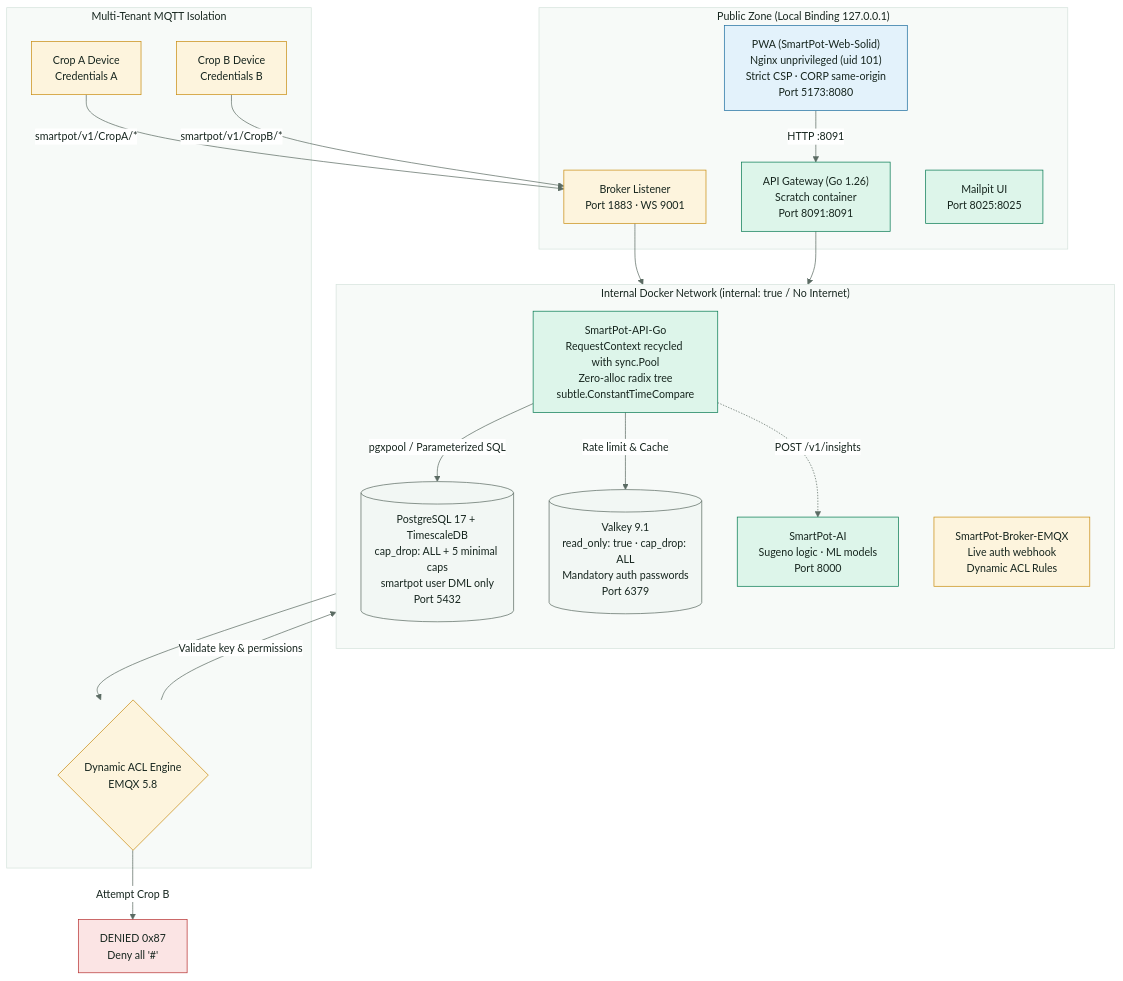
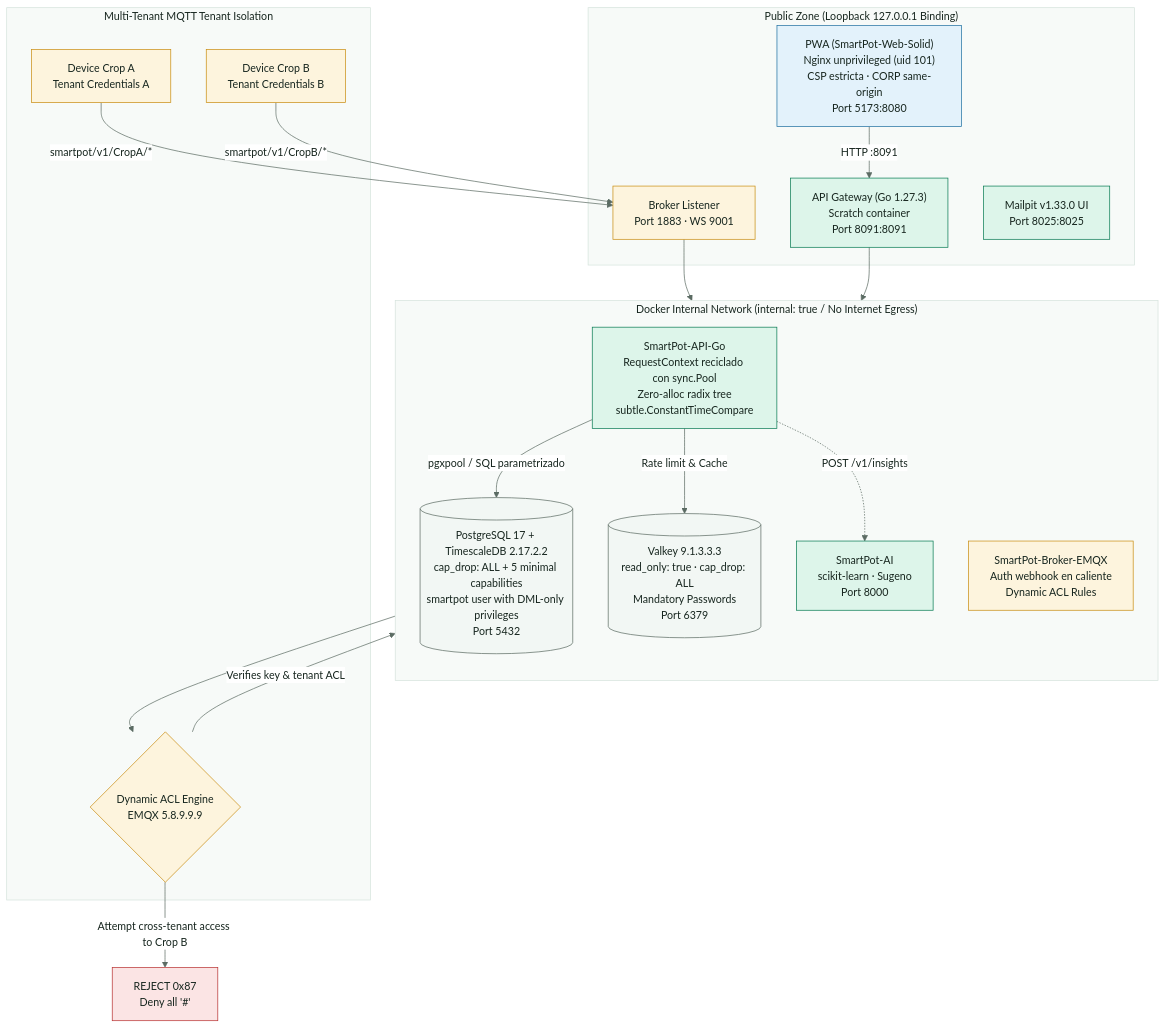
The second of 2 diagrams in docs/SmartPot_QA_Audit_AB.md (SmartPotTech/.github), drawn with Mermaid before and after one commit. The commit also changed other lines of this file and 186 other files, not shown here.

Commit message:
docs(specs): synchronize 100% english organization documentation, diagrams, and formal deliverables

````diff
--- a/docs/SmartPot_QA_Audit_AB.md
+++ b/docs/SmartPot_QA_Audit_AB.md
@@ -189,50 +185,50 @@
 ```mermaid
 %%{init: {"theme": "base", "fontFamily": "Segoe UI, Arial, sans-serif", "themeVariables": {"fontFamily": "Segoe UI, Arial, sans-serif", "fontSize": "15px", "primaryColor": "#DDF5EA", "primaryTextColor": "#17261F", "primaryBorderColor": "#067A52", "secondaryColor": "#E3F2FB", "secondaryTextColor": "#17261F", "secondaryBorderColor": "#1F6FA0", "tertiaryColor": "#F2F7F4", "tertiaryTextColor": "#17261F", "tertiaryBorderColor": "#D5E3DC", "lineColor": "#5B6B63", "textColor": "#17261F", "mainBkg": "#DDF5EA", "nodeBorder": "#067A52", "clusterBkg": "#F7FAF8", "clusterBorder": "#D5E3DC", "edgeLabelBackground": "#FFFFFF", "actorBkg": "#067A52", "actorBorder": "#0B3D2B", "actorTextColor": "#FFFFFF", "actorLineColor": "#5B6B63", "signalColor": "#17261F", "signalTextColor": "#17261F", "labelBoxBkgColor": "#0B3D2B", "labelBoxBorderColor": "#0B3D2B", "labelTextColor": "#FFFFFF", "loopTextColor": "#0B3D2B", "noteBkgColor": "#FDF4DD", "noteBorderColor": "#C98D12", "noteTextColor": "#17261F", "activationBkgColor": "#DDF5EA", "activationBorderColor": "#067A52", "attributeBackgroundColorOdd": "#FFFFFF", "attributeBackgroundColorEven": "#F2F7F4"}}}%%
 flowchart TD
-  subgraph PUBLIC_ZONE["Public Zone (Local Binding 127.0.0.1)"]
-    PWA["PWA (SmartPot-Web-Solid)<br/>Nginx unprivileged (uid 101)<br/>Strict CSP · CORP same-origin<br/>Port 5173:8080"]
-    API_PORT["API Gateway (Go 1.26)<br/>Scratch container<br/>Port 8091:8091"]
+  subgraph PUBLIC_ZONE["Public Zone (Loopback 127.0.0.1 Binding)"]
+    PWA["PWA (SmartPot-Web-Solid)<br/>Nginx unprivileged (uid 101)<br/>CSP estricta · CORP same-origin<br/>Port 5173:8080"]
+    API_PORT["API Gateway (Go 1.27.3)<br/>Scratch container<br/>Port 8091:8091"]
     BROKER_PORT["Broker Listener<br/>Port 1883 · WS 9001"]
-    MAIL_PORT["Mailpit UI<br/>Port 8025:8025"]
+    MAIL_PORT["Mailpit v1.33.0 UI<br/>Port 8025:8025"]
   end
 
-  subgraph INTERNAL_NETWORK["Internal Docker Network (internal: true / No Internet)"]
+  subgraph INTERNAL_NETWORK["Docker Internal Network (internal: true / No Internet Egress)"]
     direction TB
-    API["SmartPot-API-Go<br/>RequestContext recycled with sync.Pool<br/>Zero-alloc radix tree<br/>subtle.ConstantTimeCompare"]
-    DB[("PostgreSQL 17 + TimescaleDB<br/>cap_drop: ALL + 5 minimal caps<br/>smartpot user DML only<br/>Port 5432")]
-    VALKEY[("Valkey 9.1<br/>read_only: true · cap_drop: ALL<br/>Mandatory auth passwords<br/>Port 6379")]
-    EMQX["SmartPot-Broker-EMQX<br/>Live auth webhook<br/>Dynamic ACL Rules"]
-    AI["SmartPot-AI<br/>Sugeno logic · ML models<br/>Port 8000"]
+    API["SmartPot-API-Go<br/>RequestContext reciclado con sync.Pool<br/>Zero-alloc radix tree<br/>subtle.ConstantTimeCompare"]
+    DB[("PostgreSQL 17 + TimescaleDB 2.17.2.2<br/>cap_drop: ALL + 5 minimal capabilities<br/>smartpot user with DML-only privileges<br/>Port 5432")]
+    VALKEY[("Valkey 9.1.3.3.3<br/>read_only: true · cap_drop: ALL<br/>Mandatory Passwords<br/>Port 6379")]
+    EMQX["SmartPot-Broker-EMQX<br/>Auth webhook en caliente<br/>Dynamic ACL Rules"]
+    AI["SmartPot-AI<br/>scikit-learn · Sugeno<br/>Port 8000"]
   end
 
-  subgraph DEVICE_ISOLATION["Multi-Tenant MQTT Isolation"]
-    DEV_A["Crop A Device<br/>Credentials A"]
-    DEV_B["Crop B Device<br/>Credentials B"]
-    ACL_ENGINE{"Dynamic ACL Engine<br/>EMQX 5.8"}
+  subgraph DEVICE_ISOLATION["Multi-Tenant MQTT Tenant Isolation"]
+    DEV_A["Device Crop A<br/>Tenant Credentials A"]
+    DEV_B["Device Crop B<br/>Tenant Credentials B"]
+    ACL_ENGINE{"Dynamic ACL Engine<br/>EMQX 5.8.9.9.9"}
   end
 
   PWA -->|HTTP :8091| API_PORT
   API_PORT --> API
-  API -->|pgxpool / Parameterized SQL| DB
+  API -->|pgxpool / SQL parametrizado| DB
   API -->|Rate limit & Cache| VALKEY
   API -.->|POST /v1/insights| AI
 
   DEV_A -->|smartpot/v1/CropA/*| BROKER_PORT
   DEV_B -->|smartpot/v1/CropB/*| BROKER_PORT
   BROKER_PORT --> EMQX
   EMQX --> ACL_ENGINE
-  ACL_ENGINE -->|Validate key & permissions| API
-  ACL_ENGINE -- "Attempt Crop B" --> DENY["DENIED 0x87<br/>Deny all '#'"]
+  ACL_ENGINE -->|Verifies key & tenant ACL| API
+  ACL_ENGINE -- "Attempt cross-tenant access to Crop B" --> DENY["REJECT 0x87<br/>Deny all '#'"]
 
   classDef core fill:#DDF5EA,stroke:#067A52,color:#17261F
   classDef platform fill:#E3F2FB,stroke:#1F6FA0,color:#17261F
   classDef store fill:#F2F7F4,stroke:#5B6B63,color:#17261F
   classDef device fill:#FDF4DD,stroke:#C98D12,color:#17261F
   classDef alert fill:#FBE4E4,stroke:#B83232,color:#17261F
 
   class API,API_PORT core
   class PWA platform
   class DB,VALKEY store
   class EMQX,DEV_A,DEV_B,BROKER_PORT,ACL_ENGINE device
   class DENY alert
 ```
````
